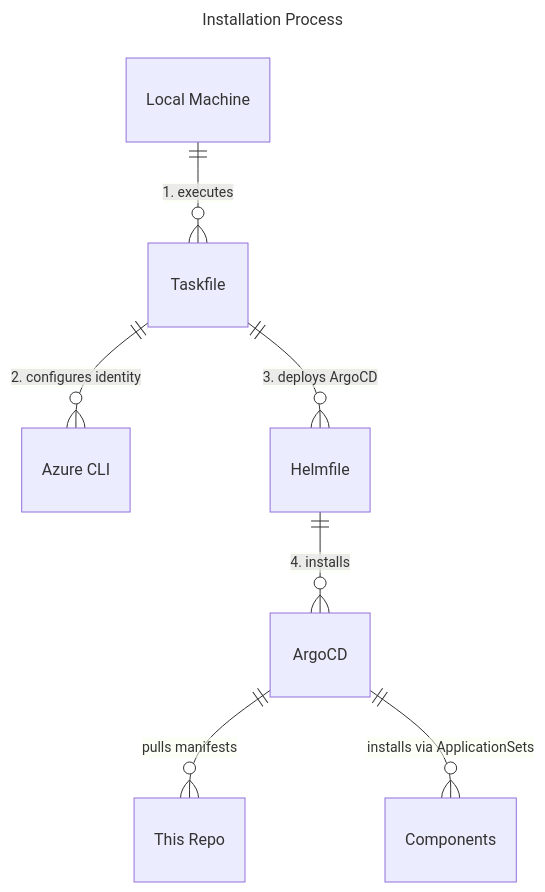
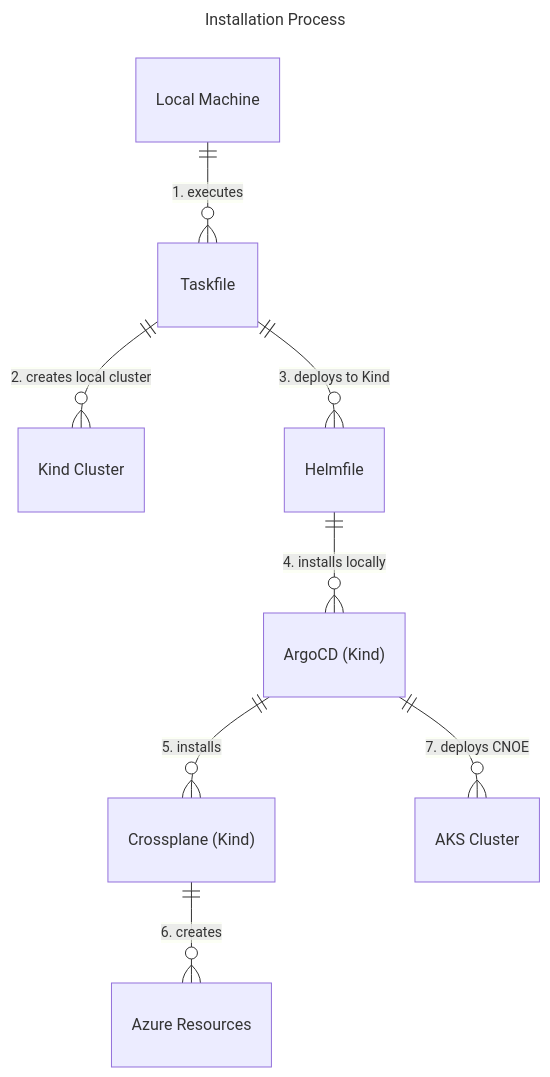
One commit to livewyer-ops/reference-implementation-azure changed the diagram in README.md. Above: the diagram before and after it, drawn with Mermaid. The commit also changed other lines of this file and 51 other files, not shown here.

````diff
--- a/README.md
+++ b/README.md
@@ -150,12 +153,13 @@
 ```mermaid
 ---
 title: Installation Process
 ---
 erDiagram
   "Local Machine" ||--o{ "Taskfile" : "1. executes"
-  "Taskfile" ||--o{ "Azure CLI" : "2. configures identity"
-  "Taskfile" ||--o{ "Helmfile" : "3. deploys ArgoCD"
-  "Helmfile" ||--o{ "ArgoCD" : "4. installs"
-  "ArgoCD" ||--o{ "This Repo" : "pulls manifests"
-  "ArgoCD" ||--o{ "Components" : "installs via ApplicationSets"
+  "Taskfile" ||--o{ "Kind Cluster" : "2. creates local cluster"
+  "Taskfile" ||--o{ "Helmfile" : "3. deploys to Kind"
+  "Helmfile" ||--o{ "ArgoCD (Kind)" : "4. installs locally"
+  "ArgoCD (Kind)" ||--o{ "Crossplane (Kind)" : "5. installs"
+  "Crossplane (Kind)" ||--o{ "Azure Resources" : "6. creates"
+  "ArgoCD (Kind)" ||--o{ "AKS Cluster" : "7. deploys CNOE"
 ```
````
